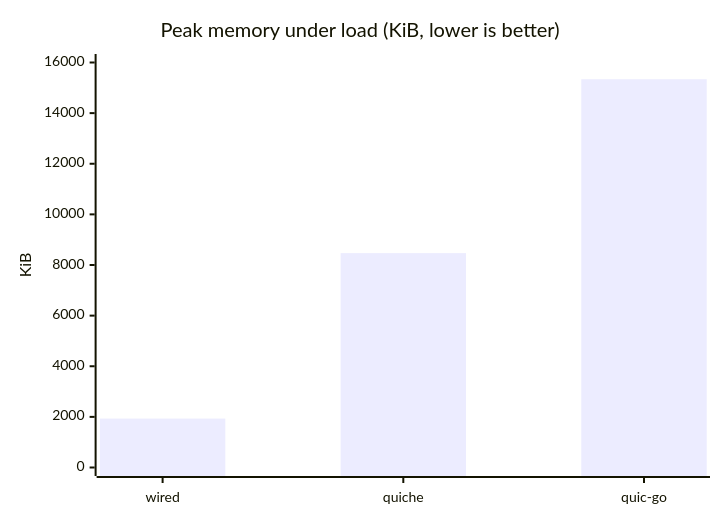
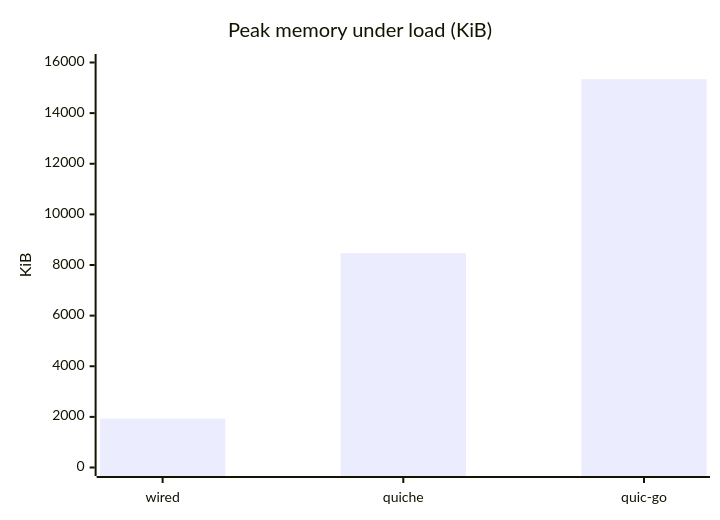
Before and after one commit to Hakkadaikon/wired: the third of 3 diagrams in docs/performance/comparison.md, drawn with Mermaid. The commit also changed other lines of this file and 8 other files, not shown here.

````diff
--- a/docs/performance/comparison.md
+++ b/docs/performance/comparison.md
@@ -93,7 +135,7 @@
 ```mermaid
 xychart-beta
-    title "Peak memory under load (KiB, lower is better)"
+    title "Peak memory under load (KiB)"
     x-axis ["wired", "quiche", "quic-go"]
     y-axis "KiB" 0 --> 16000
     bar [1932, 8468, 15340]
 ```
````
